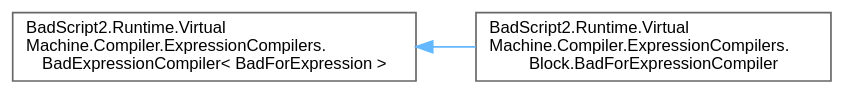
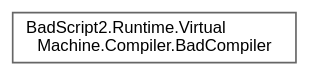
One commit to ByteChkR/BadScript2 changed the diagram in docs/reference/inherit_graph_75.dot. Above: the diagram before and after it, drawn with Graphviz. The commit also changed 1399 other files, not shown here.

```diff
--- a/docs/reference/inherit_graph_75.dot
+++ b/docs/reference/inherit_graph_75.dot
@@ -1,11 +1,9 @@
 digraph "Graphical Class Hierarchy"
 {
  // LATEX_PDF_SIZE
   bgcolor="transparent";
   edge [fontname=Helvetica,fontsize=10,labelfontname=Helvetica,labelfontsize=10];
   node [fontname=Helvetica,fontsize=10,shape=box,height=0.2,width=0.4];
   rankdir="LR";
-  Node0 [id="Node000000",label="BadScript2.Runtime.Virtual\lMachine.Compiler.ExpressionCompilers.\lBadExpressionCompiler\< BadForExpression \>",height=0.2,width=0.4,color="grey40", fillcolor="white", style="filled",URL="$class_bad_script2_1_1_runtime_1_1_virtual_machine_1_1_compiler_1_1_expression_compilers_1_1_bad_expression_compiler.html",tooltip=" "];
-  Node0 -> Node1 [id="edge222_Node000000_Node000001",dir="back",color="steelblue1",style="solid",tooltip=" "];
-  Node1 [id="Node000001",label="BadScript2.Runtime.Virtual\lMachine.Compiler.ExpressionCompilers.\lBlock.BadForExpressionCompiler",height=0.2,width=0.4,color="grey40", fillcolor="white", style="filled",URL="$class_bad_script2_1_1_runtime_1_1_virtual_machine_1_1_compiler_1_1_expression_compilers_1_1_bloc8967e2906a526c3b46a5fe78f2d591f7.html",tooltip=" "];
+  Node0 [id="Node000000",label="BadScript2.Runtime.Virtual\lMachine.Compiler.BadCompiler",height=0.2,width=0.4,color="grey40", fillcolor="white", style="filled",URL="$class_bad_script2_1_1_runtime_1_1_virtual_machine_1_1_compiler_1_1_bad_compiler.html",tooltip=" "];
 }
```
